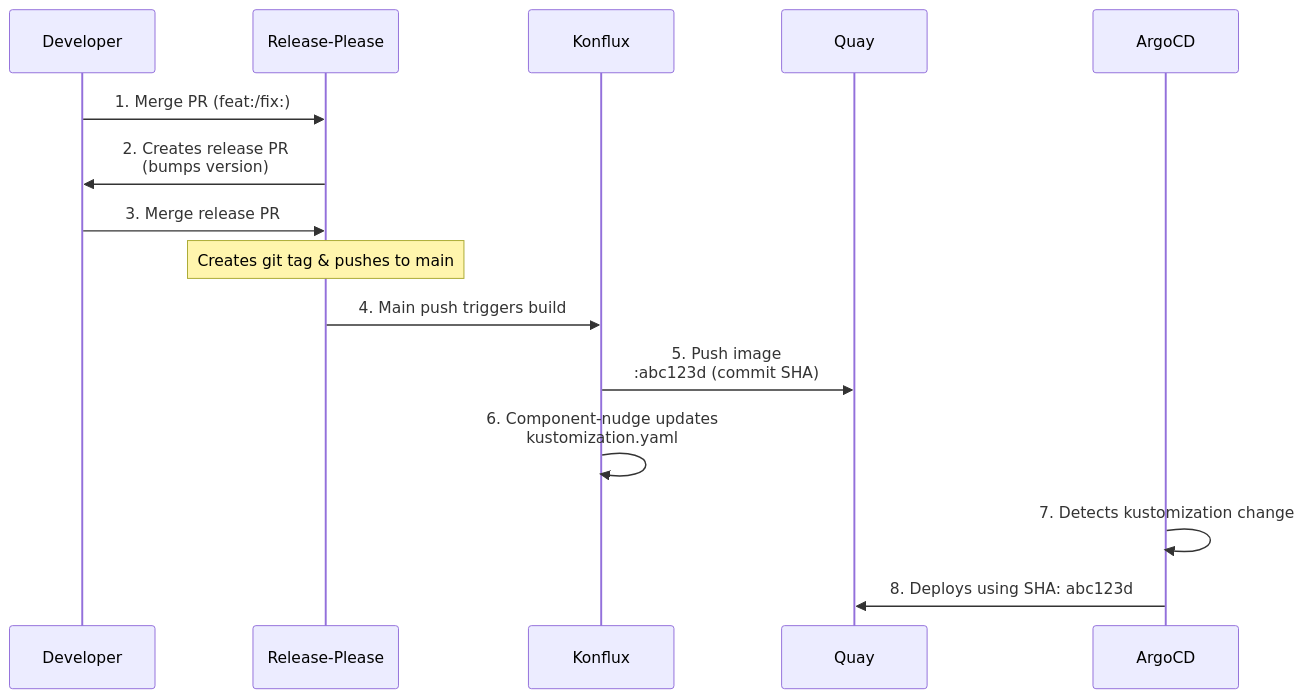
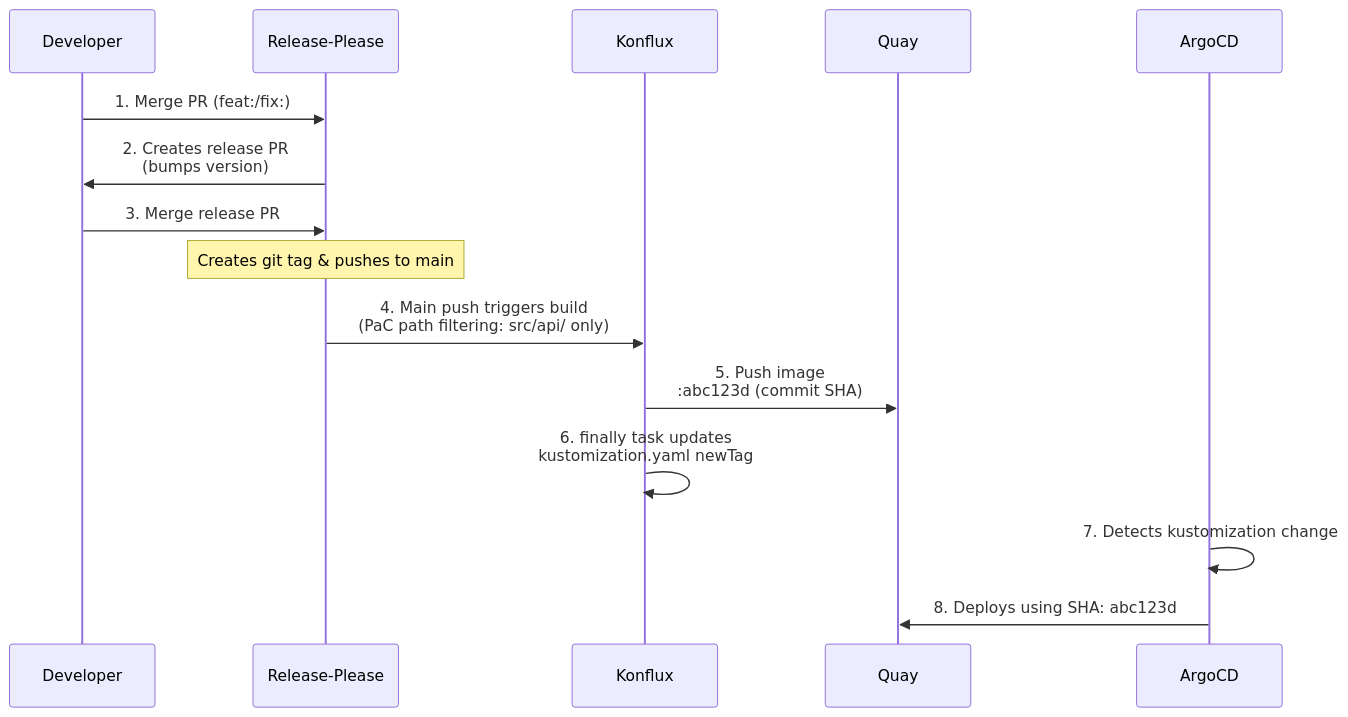
Before and after one commit to openshift-hyperfleet/kartograph: the diagram in deploy/README.md, drawn with Mermaid. The commit also changed other lines of this file and 2 other files, not shown here.

First line of the commit message:
ci: add PaC path filtering and post-build tag update to push pipeline

````diff
--- a/deploy/README.md
+++ b/deploy/README.md
@@ -5,18 +5,18 @@
 ```mermaid
 sequenceDiagram
     participant Dev as Developer
     participant RP as Release-Please
     participant K as Konflux
     participant Q as Quay
     participant A as ArgoCD
 
     Dev->>RP: 1. Merge PR (feat:/fix:)
     RP->>Dev: 2. Creates release PR<br/>(bumps version)
     Dev->>RP: 3. Merge release PR
     Note over RP: Creates git tag & pushes to main
-    RP->>K: 4. Main push triggers build
+    RP->>K: 4. Main push triggers build<br/>(PaC path filtering: src/api/ only)
     K->>Q: 5. Push image<br/>:abc123d (commit SHA)
-    K->>K: 6. Component-nudge updates<br/>kustomization.yaml
+    K->>K: 6. finally task updates<br/>kustomization.yaml newTag
     A->>A: 7. Detects kustomization change
     A->>Q: 8. Deploys using SHA: abc123d
 ```
````
